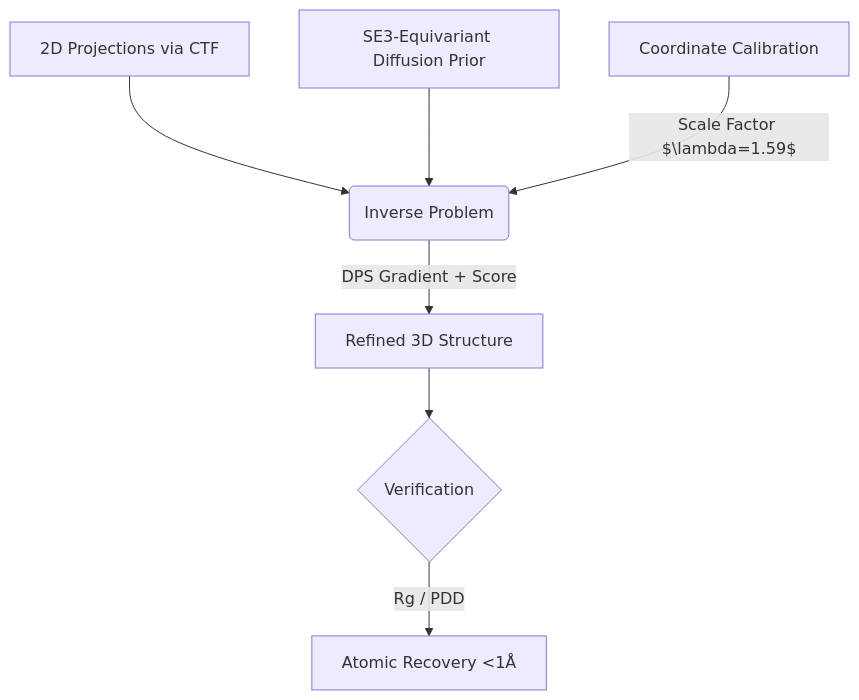
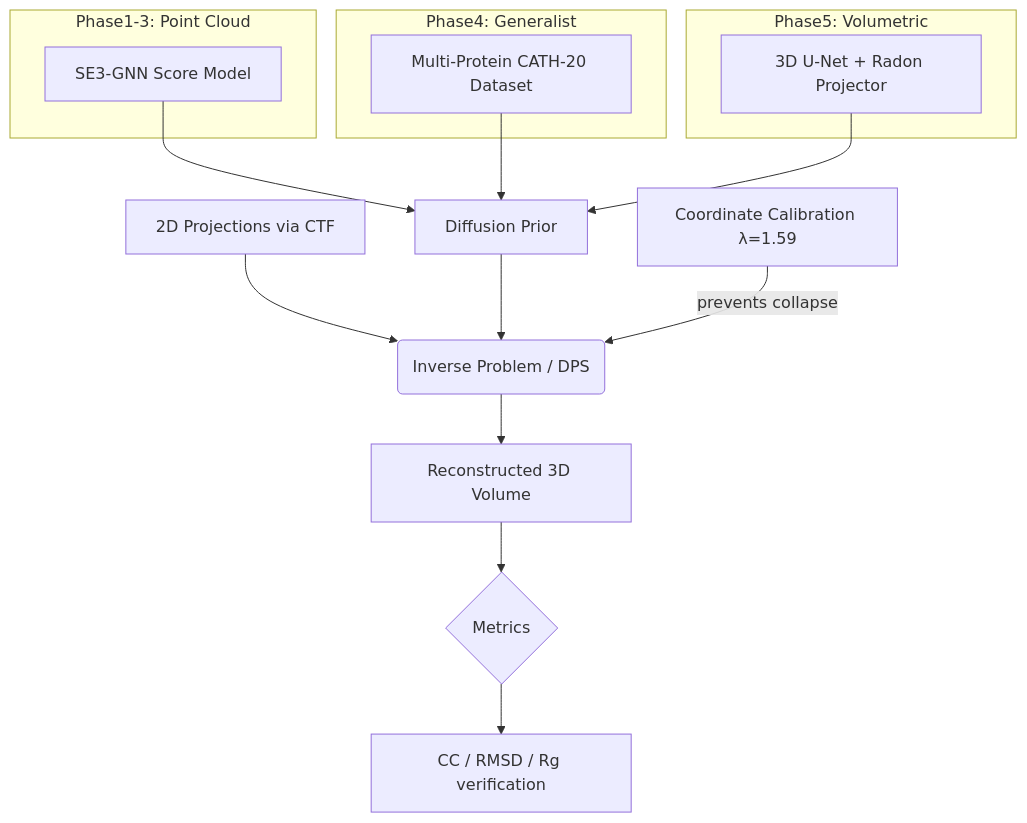
Before and after one commit to QntmSeer/FrostByte: the diagram in README.md, drawn with Mermaid. The commit also changed other lines of this file, not shown here.

First line of the commit message:
docs: comprehensive README update through Phase 5

````diff
--- a/README.md
+++ b/README.md
@@ -24,9 +24,23 @@
 ```mermaid
 graph TD;
-    A[2D Projections via CTF] --> B(Inverse Problem);
-    C[SE3-Equivariant Diffusion Prior] --> B;
-    D[Coordinate Calibration] -->|Scale Factor $\lambda=1.59$| B;
-    B -->|DPS Gradient + Score| E[Refined 3D Structure];
-    E --> F{Verification};
-    F -->|Rg / PDD| G[Atomic Recovery <1Å];
+    A[2D Projections via CTF] --> B(Inverse Problem / DPS);
+    C[Diffusion Prior] --> B;
+    D[Coordinate Calibration λ=1.59] -->|prevents collapse| B;
+    B --> E[Reconstructed 3D Volume];
+    E --> F{Metrics};
+    F --> G[CC / RMSD / Rg verification];
+
+    subgraph Phase1-3: Point Cloud
+        H[SE3-GNN Score Model]
+    end
+    subgraph Phase4: Generalist
+        I[Multi-Protein CATH-20 Dataset]
+    end
+    subgraph Phase5: Volumetric
+        J[3D U-Net + Radon Projector]
+    end
+
+    H --> C
+    I --> C
+    J --> C
 ```
````
